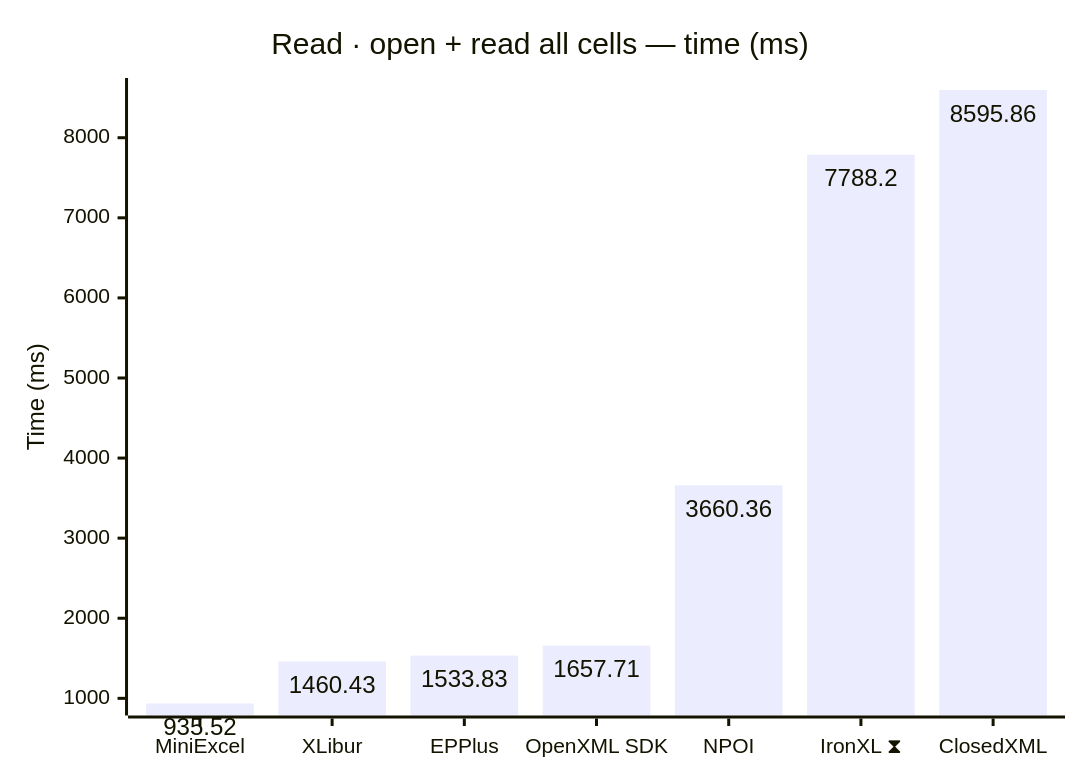
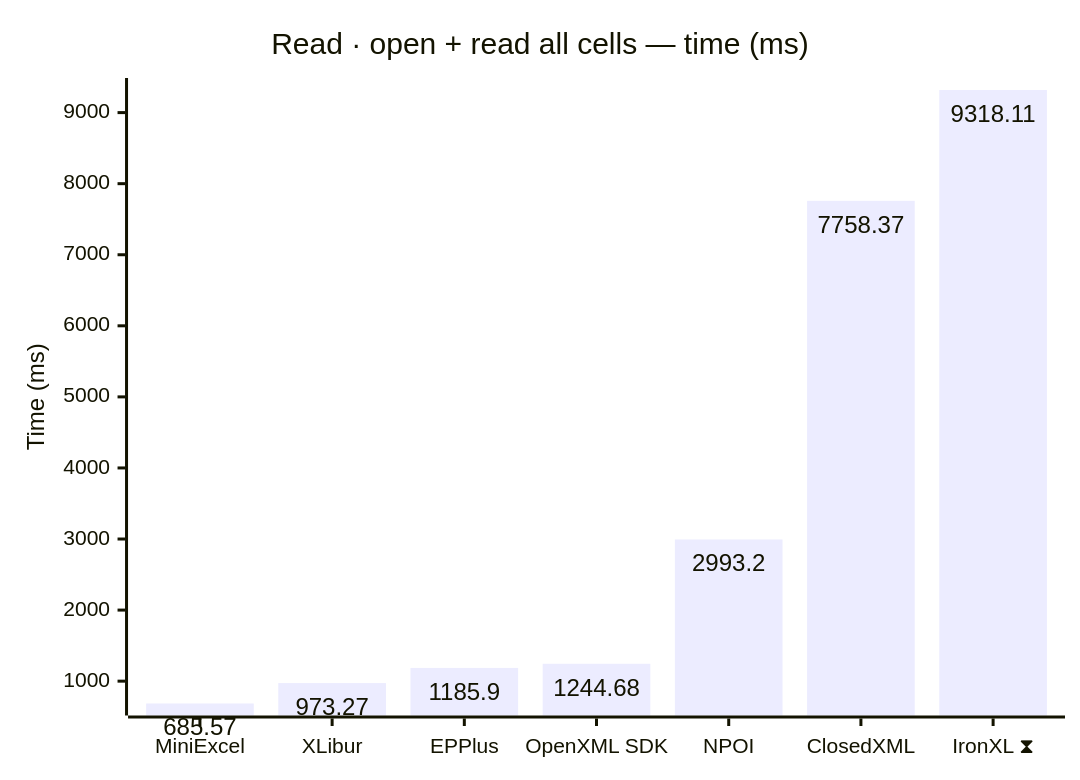
One commit to jafin/XLBench changed the third of 12 diagrams in docs/results-ci.md. Above: the diagram before and after it, drawn with Mermaid. The commit also changed other lines of this file, not shown here.

````diff
--- a/docs/results-ci.md
+++ b/docs/results-ci.md
@@ -67,12 +67,12 @@
 ```mermaid
 ---
 config:
   xyChart:
     showDataLabel: true
 ---
 xychart-beta
     title "Read · open + read all cells — time (ms)"
-    x-axis ["MiniExcel", "XLibur", "EPPlus", "OpenXML SDK", "NPOI", "IronXL ⧗", "ClosedXML"]
+    x-axis ["MiniExcel", "XLibur", "EPPlus", "OpenXML SDK", "NPOI", "ClosedXML", "IronXL ⧗"]
     y-axis "Time (ms)"
-    bar [935.52, 1460.43, 1533.83, 1657.71, 3660.36, 7788.2, 8595.86]
+    bar [685.57, 973.27, 1185.9, 1244.68, 2993.2, 7758.37, 9318.11]
 ```
````
